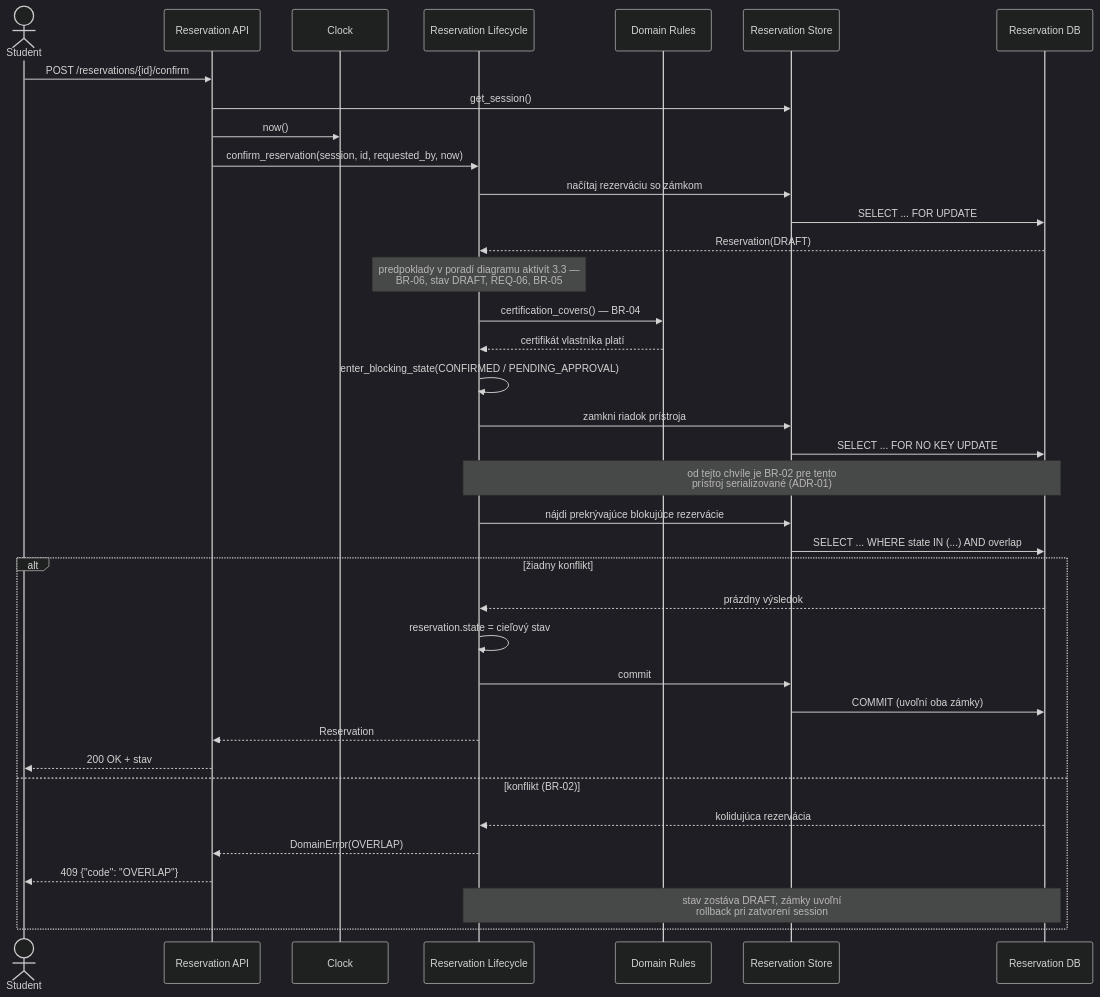
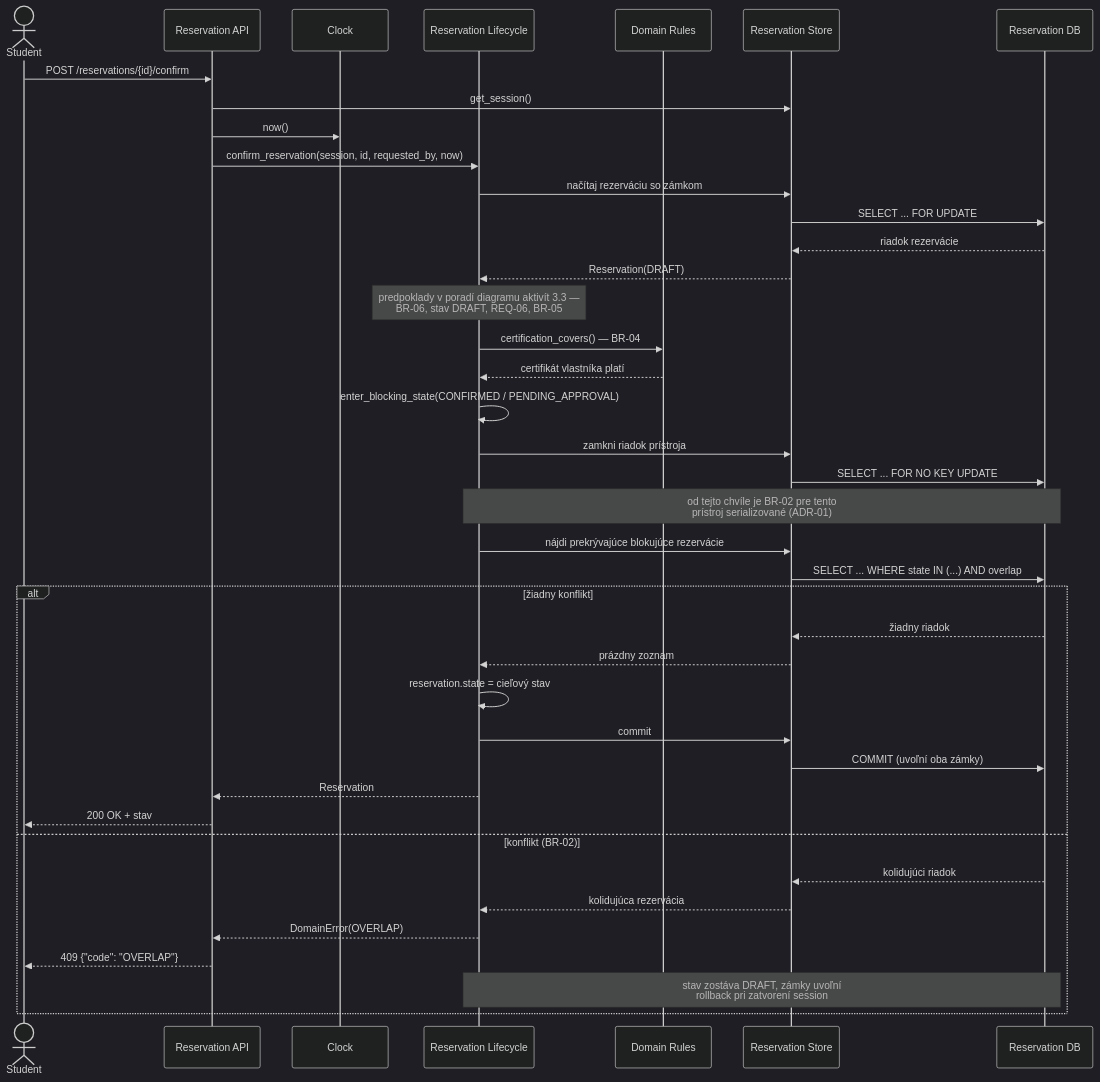
Before and after one commit to thspowered/SWI-LAB: the second of 5 diagrams in docs/architecture-and-decisions.md, drawn with Mermaid (dark theme). The commit also changed other lines of this file, not shown here.

First line of the commit message:
H1: odpovede z databazy idu cez Reservation Store (R-7)

````diff
--- a/docs/architecture-and-decisions.md
+++ b/docs/architecture-and-decisions.md
@@ -784,45 +784,48 @@
 ```mermaid
 sequenceDiagram
     actor Student
     participant API as Reservation API
     participant Clock
     participant Life as Reservation Lifecycle
     participant Rules as Domain Rules
     participant Store as Reservation Store
     participant DB as Reservation DB
 
     Student->>API: POST /reservations/{id}/confirm
     API->>Store: get_session()
     API->>Clock: now()
     API->>Life: confirm_reservation(session, id, requested_by, now)
 
     Life->>Store: načítaj rezerváciu so zámkom
     Store->>DB: SELECT ... FOR UPDATE
-    DB-->>Life: Reservation(DRAFT)
+    DB-->>Store: riadok rezervácie
+    Store-->>Life: Reservation(DRAFT)
     Note over Life: predpoklady v poradí diagramu aktivít 3.3 —<br/>BR-06, stav DRAFT, REQ-06, BR-05
 
     Life->>Rules: certification_covers() — BR-04
     Rules-->>Life: certifikát vlastníka platí
 
     Life->>Life: enter_blocking_state(CONFIRMED / PENDING_APPROVAL)
     Life->>Store: zamkni riadok prístroja
     Store->>DB: SELECT ... FOR NO KEY UPDATE
     Note over Life,DB: od tejto chvíle je BR-02 pre tento<br/>prístroj serializované (ADR-01)
 
     Life->>Store: nájdi prekrývajúce blokujúce rezervácie
     Store->>DB: SELECT ... WHERE state IN (...) AND overlap
 
     alt žiadny konflikt
-        DB-->>Life: prázdny výsledok
+        DB-->>Store: žiadny riadok
+        Store-->>Life: prázdny zoznam
         Life->>Life: reservation.state = cieľový stav
         Life->>Store: commit
         Store->>DB: COMMIT (uvoľní oba zámky)
         Life-->>API: Reservation
         API-->>Student: 200 OK + stav
     else konflikt (BR-02)
-        DB-->>Life: kolidujúca rezervácia
+        DB-->>Store: kolidujúci riadok
+        Store-->>Life: kolidujúca rezervácia
         Life-->>API: DomainError(OVERLAP)
         API-->>Student: 409 {"code": "OVERLAP"}
         Note over Life,DB: stav zostáva DRAFT, zámky uvoľní<br/>rollback pri zatvorení session
     end
 ```
````
